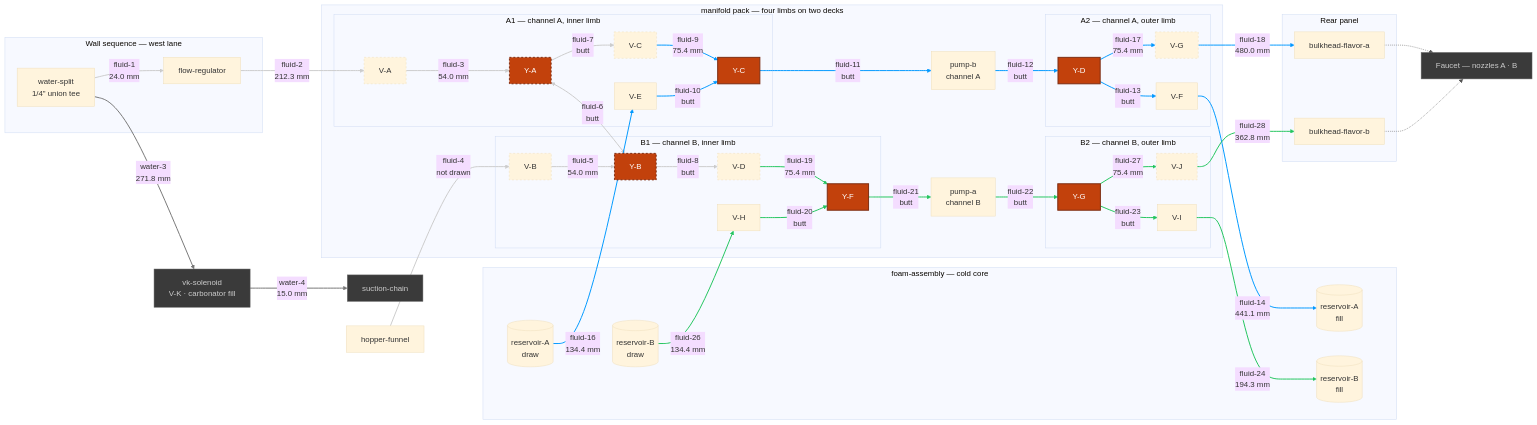
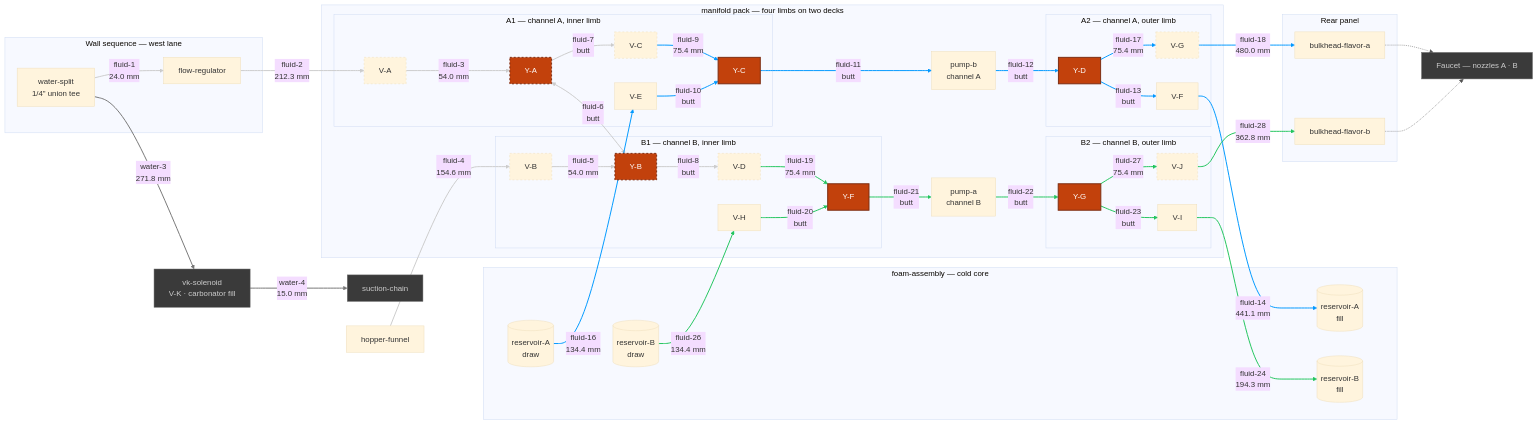
The diagram in hardware/topology/fluid-topology-manifold.mmd (derekbreden/homesodamachine), drawn with Mermaid (base theme) before and after one commit. The commit also changed 6 other files, not shown here.

```diff
--- a/hardware/topology/fluid-topology-manifold.mmd
+++ b/hardware/topology/fluid-topology-manifold.mmd
@@ -12,11 +12,13 @@
   %% the gate.
 
   %% [26](SEGMENT_COUNT) flavor segments. [11](BUTT_COUNT) are collet butted to collet and carry
-  %% no tube at all; [8](DRAWN_COUNT) are swept runs between placed bodies; the rest are the
+  %% no tube at all; [9](DRAWN_COUNT) are swept runs between placed bodies; the rest are the
   %% hinge's four hairpins and the source pair's two quarter-and-step turns. What is cut comes to
-  %% [2392.8 mm](FLUID_TOTAL) of 1/4" LLDPE over [36](FLUID_BENDS) corners, and the longest is
-  %% [fluid-18](LONGEST_ID) at [480.0 mm](LONGEST_LEN). [1](OPEN_COUNT) segment — the hopper's
-  %% gravity drain — is a mouth with nothing on the far end of it yet.
+  %% [2547.4 mm](FLUID_TOTAL) of 1/4" LLDPE over [39](FLUID_BENDS) corners, and the longest is
+  %% [fluid-18](LONGEST_ID) at [480.0 mm](LONGEST_LEN). [0](OPEN_COUNT) are mouths with nothing
+  %% on the far end of them: EVERY FLAVOR SEGMENT IN THIS CHART IS MADE. The hopper's gravity
+  %% drain is drawn like the rest — the funnel is seated in the box rather than placed in the
+  %% pack, so `fluid-4` is authored after the box exists, off the same frames.
 
   %% Colour is the circuit: white the shared source chain (fluid-1 … fluid-8), blue channel A
   %% (9 … 18), green channel B (19 … 28), grey the carbonator's own two runs through this bay.
@@ -115,7 +117,7 @@
   Split -->|"fluid-1<br/>24.0 mm"| FlowReg
   FlowReg -->|"fluid-2<br/>212.3 mm"| VA
   VA -->|"fluid-3<br/>54.0 mm"| YA
-  Hopper -->|"fluid-4<br/>not drawn"| VB
+  Hopper -->|"fluid-4<br/>154.6 mm"| VB
   VB -->|"fluid-5<br/>54.0 mm"| YB
   YA <-->|"fluid-6<br/>butt"| YB
   YA -->|"fluid-7<br/>butt"| VC
```
